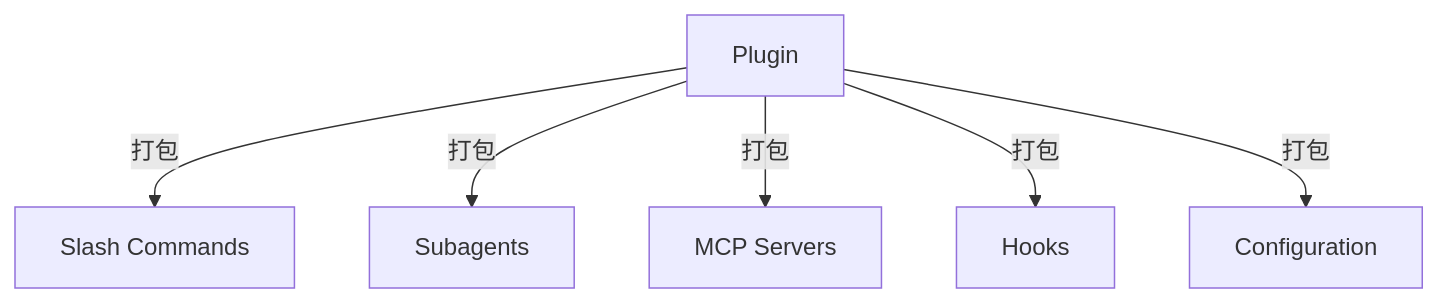
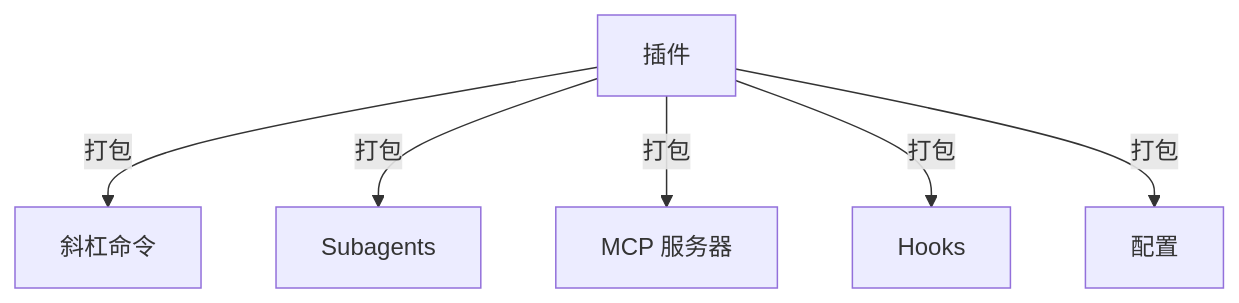
One commit to wgqi1126/claude-howto-zh-cn changed the first of 5 diagrams in 07-plugins/README.md. Above: the diagram before and after it, drawn with Mermaid. The commit also changed other lines of this file and 58 other files, not shown here.

````diff
--- a/07-plugins/README.md
+++ b/07-plugins/README.md
@@ -19,15 +19,15 @@
 ```mermaid
 graph TB
-    A["Plugin"]
-    B["Slash Commands"]
+    A["插件"]
+    B["斜杠命令"]
     C["Subagents"]
-    D["MCP Servers"]
+    D["MCP 服务器"]
     E["Hooks"]
-    F["Configuration"]
+    F["配置"]
 
     A -->|打包| B
     A -->|打包| C
     A -->|打包| D
     A -->|打包| E
     A -->|打包| F
 ```
````
